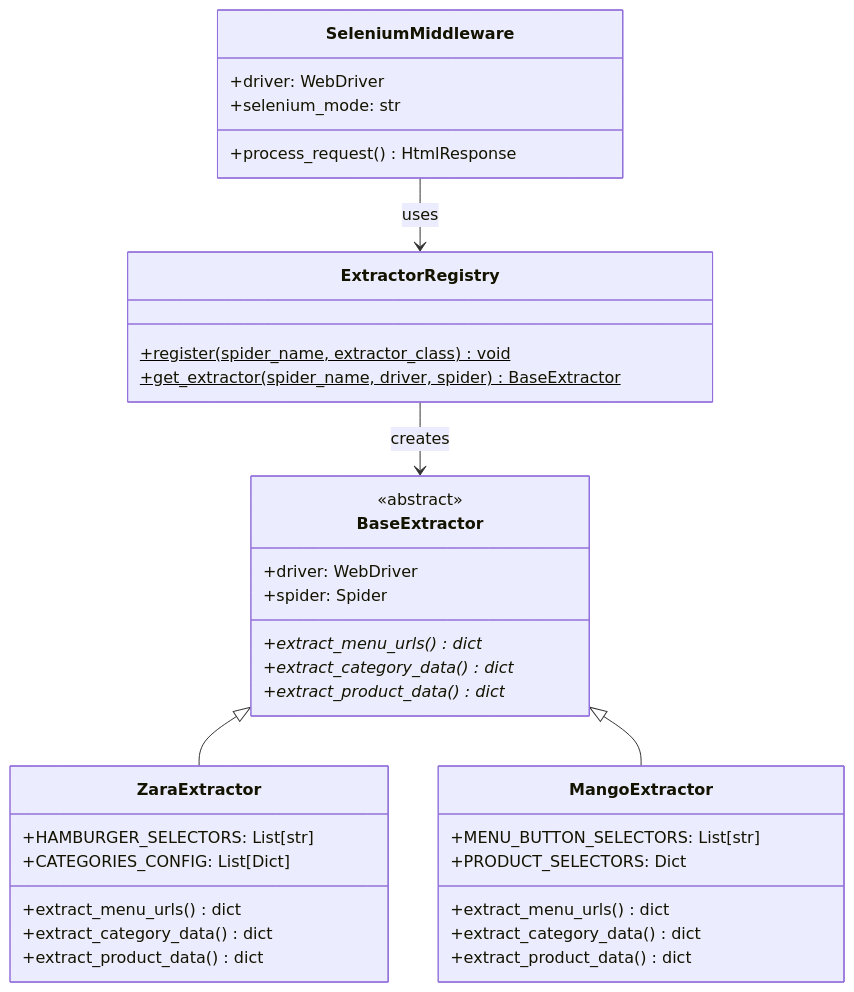
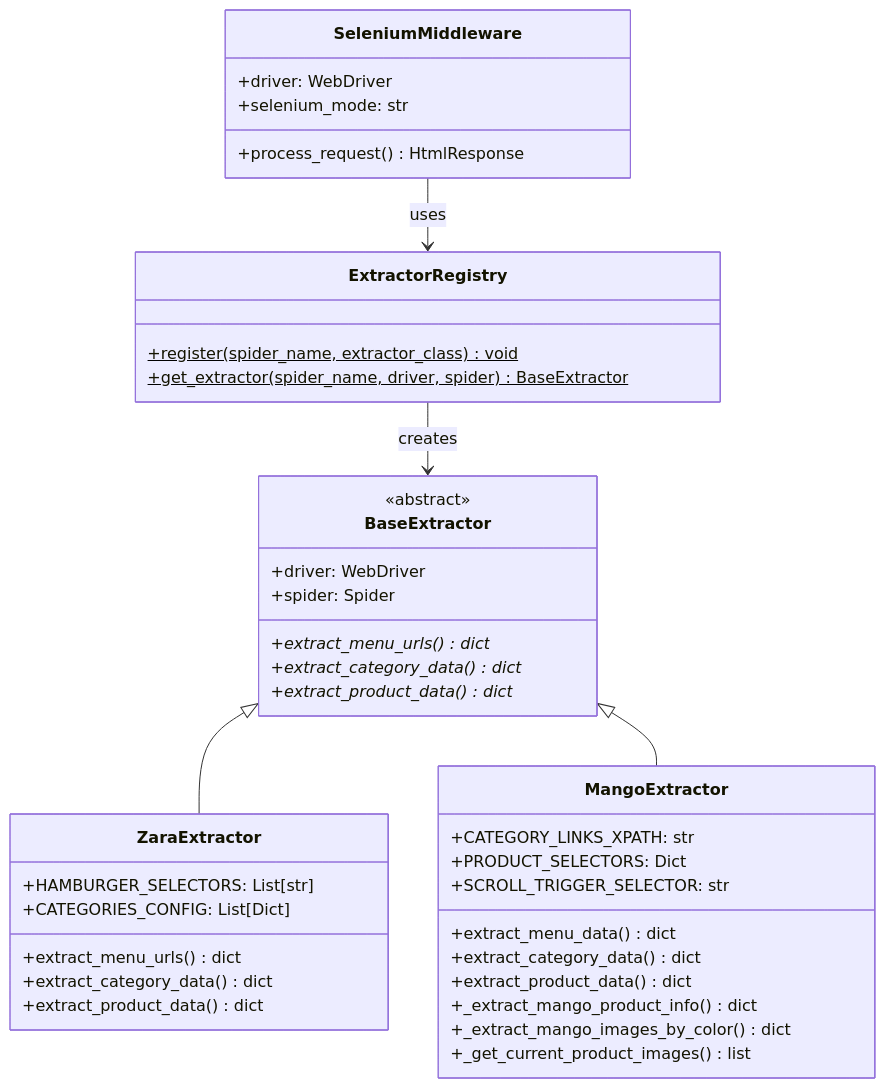
One commit to Erik172/stylos-scrapers changed the second of 4 diagrams in README.md. Above: the diagram before and after it, drawn with Mermaid. The commit also changed other lines of this file and 16 other files, not shown here.

````diff
--- a/README.md
+++ b/README.md
@@ -125,38 +138,42 @@
 ```mermaid
 classDiagram
     class BaseExtractor {
         <<abstract>>
         +driver: WebDriver
         +spider: Spider
         +extract_menu_urls()* dict
         +extract_category_data()* dict
         +extract_product_data()* dict
     }
     class ExtractorRegistry {
         +register(spider_name, extractor_class)$ void
         +get_extractor(spider_name, driver, spider)$ BaseExtractor
     }
     class ZaraExtractor {
         +HAMBURGER_SELECTORS: List[str]
         +CATEGORIES_CONFIG: List[Dict]
         +extract_menu_urls() dict
         +extract_category_data() dict
         +extract_product_data() dict
     }
     class MangoExtractor {
-        +MENU_BUTTON_SELECTORS: List[str]  
+        +CATEGORY_LINKS_XPATH: str
         +PRODUCT_SELECTORS: Dict
-        +extract_menu_urls() dict
+        +SCROLL_TRIGGER_SELECTOR: str
+        +extract_menu_data() dict
         +extract_category_data() dict
         +extract_product_data() dict
+        +_extract_mango_product_info() dict
+        +_extract_mango_images_by_color() dict
+        +_get_current_product_images() list
     }
     class SeleniumMiddleware {
         +driver: WebDriver
         +selenium_mode: str
         +process_request() HtmlResponse
     }
     BaseExtractor <|-- ZaraExtractor
     BaseExtractor <|-- MangoExtractor
     ExtractorRegistry --> BaseExtractor : creates
     SeleniumMiddleware --> ExtractorRegistry : uses
 ```
````
